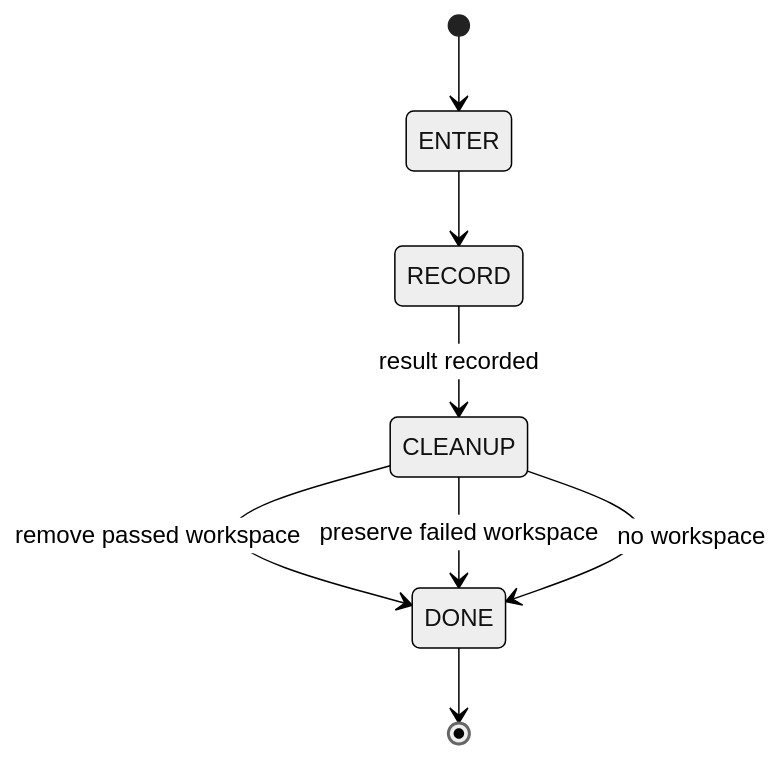
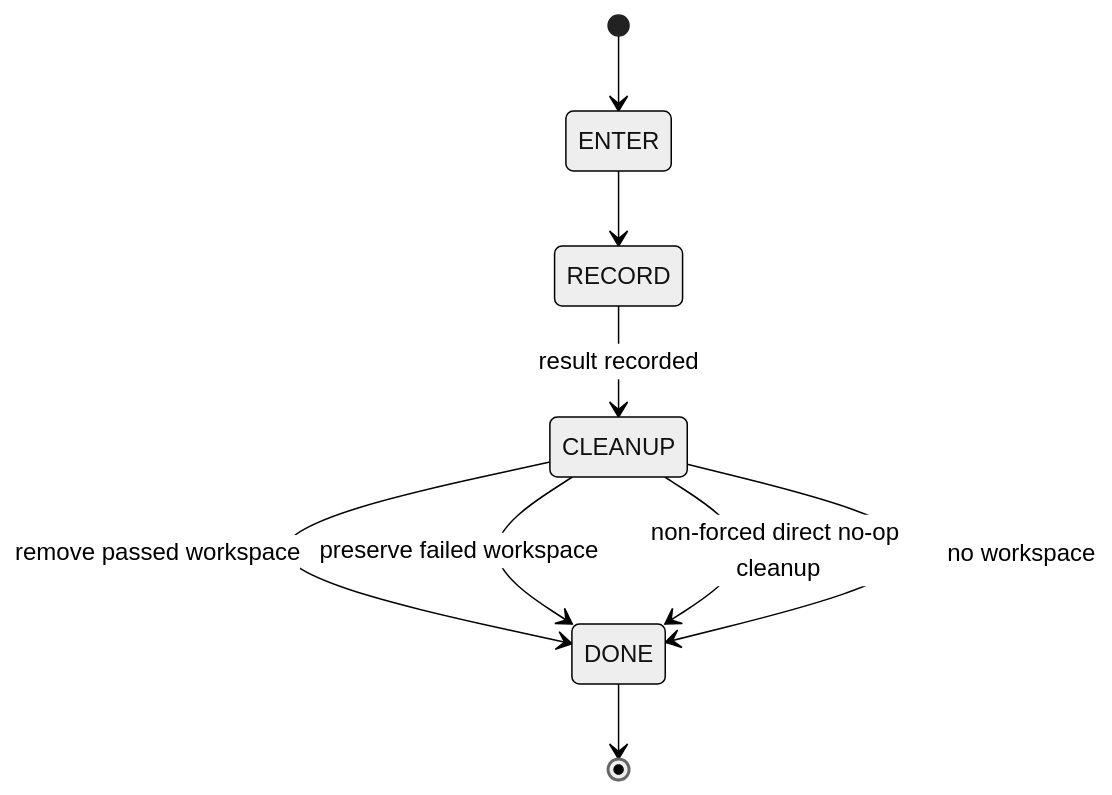
One commit to HomericIntelligence/Hephaestus changed diagram 16 of 16 in docs/architecture.md. Above: the diagram before and after it, drawn with Mermaid (neutral theme). The commit also changed other lines of this file and 3 other files, not shown here.

````diff
--- a/docs/architecture.md
+++ b/docs/architecture.md
@@ -1056,10 +1056,11 @@
 ```mermaid
 stateDiagram-v2
     [*] --> ENTER
     ENTER --> RECORD
     RECORD --> CLEANUP: result recorded
     CLEANUP --> DONE: remove passed workspace
     CLEANUP --> DONE: preserve failed workspace
+    CLEANUP --> DONE: non-forced direct no-op cleanup
     CLEANUP --> DONE: no workspace
     DONE --> [*]
 ```
````
